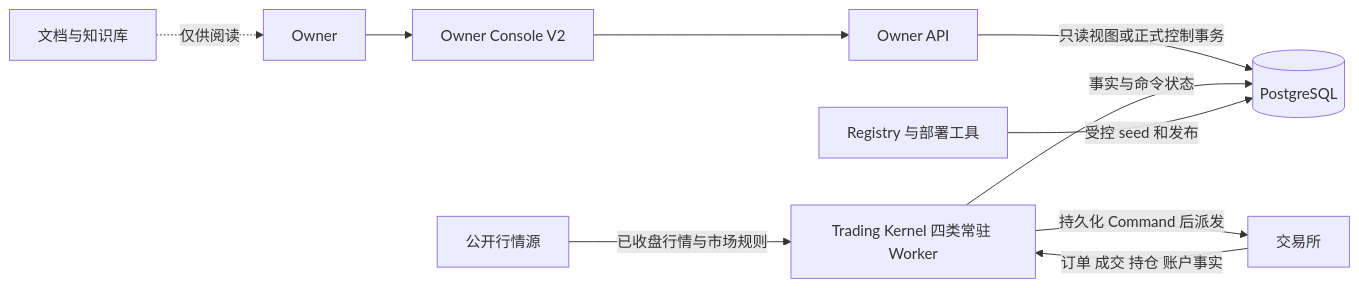
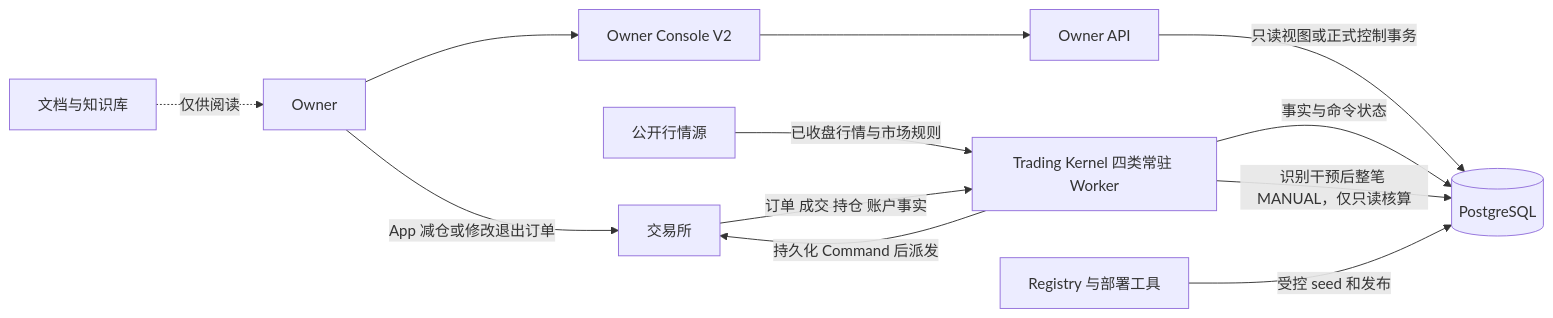
The first of 3 diagrams in docs/knowledge/SYSTEM_OVERVIEW.md (jiangwweie/dingdingbot), drawn with Mermaid before and after one commit. The commit also changed other lines of this file and 27 other files, not shown here.

Commit message:
docs(manual): make App intervention and permanent handover the product baseline

````diff
--- a/docs/knowledge/SYSTEM_OVERVIEW.md
+++ b/docs/knowledge/SYSTEM_OVERVIEW.md
@@ -13,12 +23,14 @@
 ```mermaid
 flowchart LR
     Owner[Owner] --> UI[Owner Console V2]
     UI --> API[Owner API]
     API -->|只读视图或正式控制事务| PG[(PostgreSQL)]
     Kernel[Trading Kernel 四类常驻 Worker] -->|事实与命令状态| PG
     Market[公开行情源] -->|已收盘行情与市场规则| Kernel
     Kernel -->|持久化 Command 后派发| Venue[交易所]
     Venue -->|订单 成交 持仓 账户事实| Kernel
+    Owner -->|App 减仓或修改退出订单| Venue
+    Kernel -->|识别干预后整笔 MANUAL，仅只读核算| PG
     Code[Registry 与部署工具] -->|受控 seed 和发布| PG
     Docs[文档与知识库] -.仅供阅读.-> Owner
 ```
````
